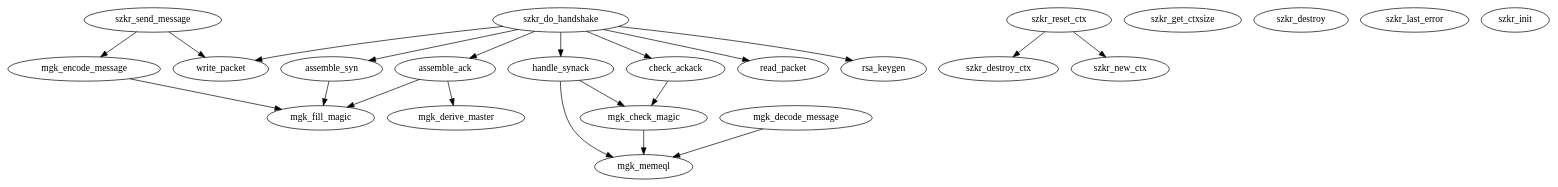
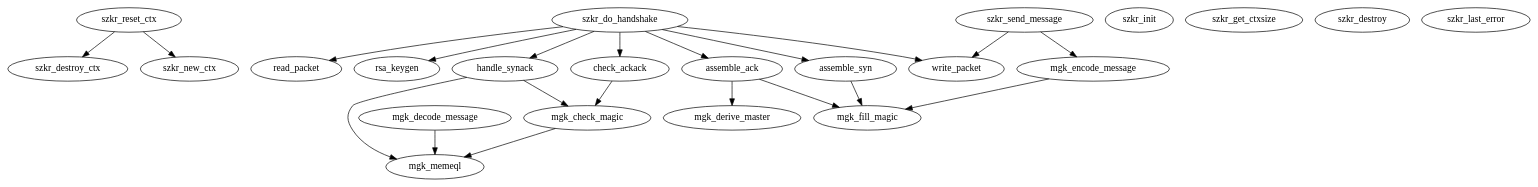
The diagram in libsazukari/docs/sazukari-callgraph.gv (geomaster/megaki), drawn with Graphviz before and after one commit. The commit also changed other lines of this file and 6 other files, not shown here.

```diff
--- a/libsazukari/docs/sazukari-callgraph.gv
+++ b/libsazukari/docs/sazukari-callgraph.gv
@@ -1,26 +1,26 @@
 digraph callgraph {
-"szkr_send_message" -> "write_packet" [style=solid];
-"szkr_send_message" -> "mgk_encode_message" [style=solid];
 "szkr_reset_ctx" -> "szkr_destroy_ctx" [style=solid];
 "szkr_reset_ctx" -> "szkr_new_ctx" [style=solid];
+"handle_synack" -> "mgk_check_magic" [style=solid];
+"handle_synack" -> "mgk_memeql" [style=solid];
+"mgk_encode_message" -> "mgk_fill_magic" [style=solid];
 "assemble_ack" -> "mgk_derive_master" [style=solid];
 "assemble_ack" -> "mgk_fill_magic" [style=solid];
-"handle_synack" -> "mgk_memeql" [style=solid];
-"handle_synack" -> "mgk_check_magic" [style=solid];
+"szkr_do_handshake" -> "assemble_ack" [style=solid];
+"szkr_do_handshake" -> "handle_synack" [style=solid];
+"szkr_do_handshake" -> "read_packet" [style=solid];
+"szkr_do_handshake" -> "rsa_keygen" [style=solid];
 "szkr_do_handshake" -> "assemble_syn" [style=solid];
 "szkr_do_handshake" -> "check_ackack" [style=solid];
 "szkr_do_handshake" -> "write_packet" [style=solid];
-"szkr_do_handshake" -> "read_packet" [style=solid];
-"szkr_do_handshake" -> "handle_synack" [style=solid];
-"szkr_do_handshake" -> "assemble_ack" [style=solid];
-"szkr_do_handshake" -> "rsa_keygen" [style=solid];
+"mgk_check_magic" -> "mgk_memeql" [style=solid];
+"szkr_send_message" -> "write_packet" [style=solid];
+"szkr_send_message" -> "mgk_encode_message" [style=solid];
+"mgk_decode_message" -> "mgk_memeql" [style=solid];
 "check_ackack" -> "mgk_check_magic" [style=solid];
-"mgk_check_magic" -> "mgk_memeql" [style=solid];
 "assemble_syn" -> "mgk_fill_magic" [style=solid];
-"mgk_decode_message" -> "mgk_memeql" [style=solid];
-"mgk_encode_message" -> "mgk_fill_magic" [style=solid];
+"szkr_init";
 "szkr_get_ctxsize";
 "szkr_destroy";
 "szkr_last_error";
-"szkr_init";
 }
```
